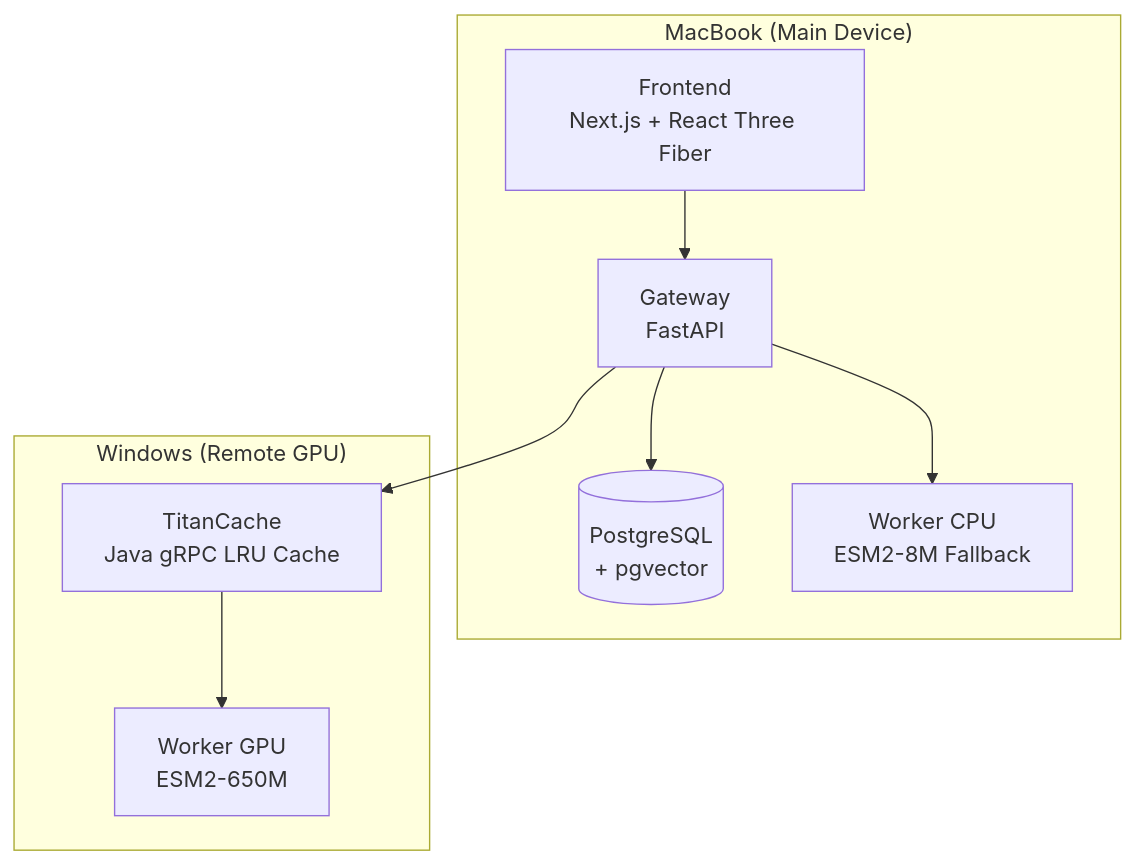
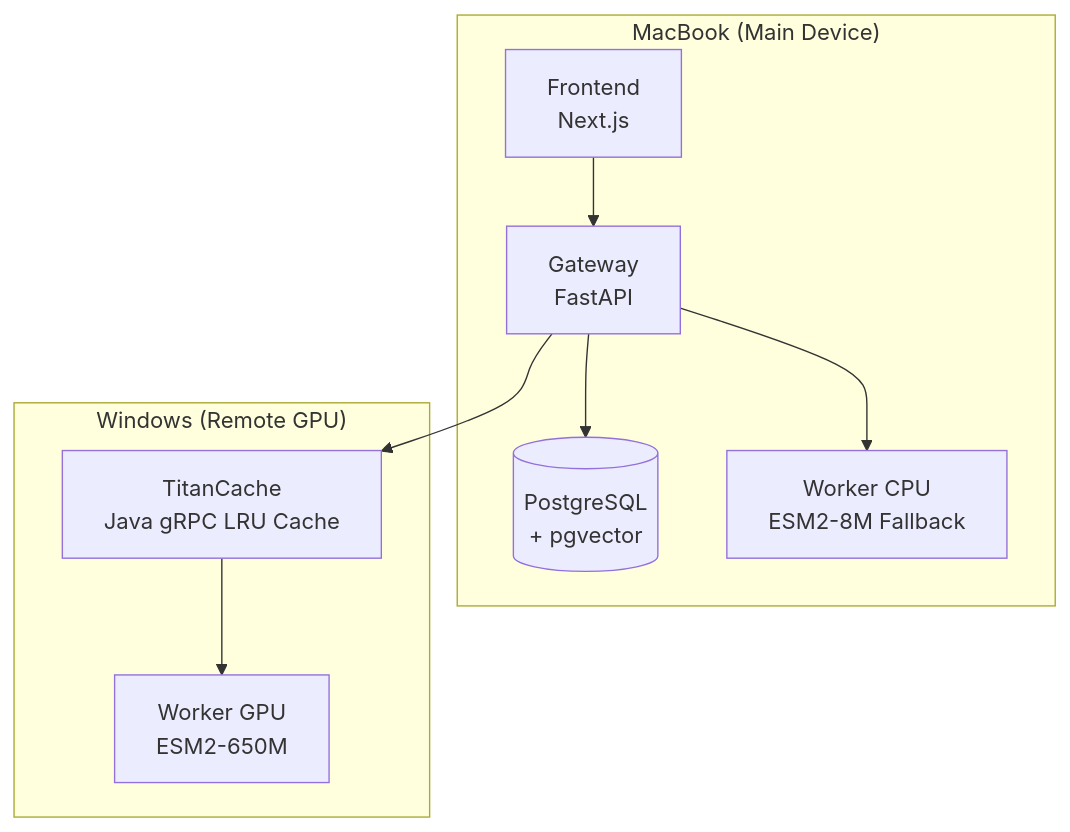
Before and after one commit to imrahnf/helix-stream: the diagram in README.md, drawn with Mermaid. The commit also changed other lines of this file, not shown here.

````diff
--- a/README.md
+++ b/README.md
@@ -26,20 +26,20 @@
 ```mermaid
 graph TB
     subgraph "MacBook (Main Device)"
-        FE[Frontend<br/>Next.js + React Three Fiber]
+        FE[Frontend<br/>Next.js]
         GW[Gateway<br/>FastAPI]
         DB[(PostgreSQL<br/>+ pgvector)]
         CPU[Worker CPU<br/>ESM2-8M Fallback]
     end
     
     subgraph "Windows (Remote GPU)"
         TC[TitanCache<br/>Java gRPC LRU Cache]
         GPU[Worker GPU<br/>ESM2-650M]
     end
     
     FE --> GW
     GW --> DB
     GW --> TC
     TC --> GPU
     GW --> CPU
 ```
````
